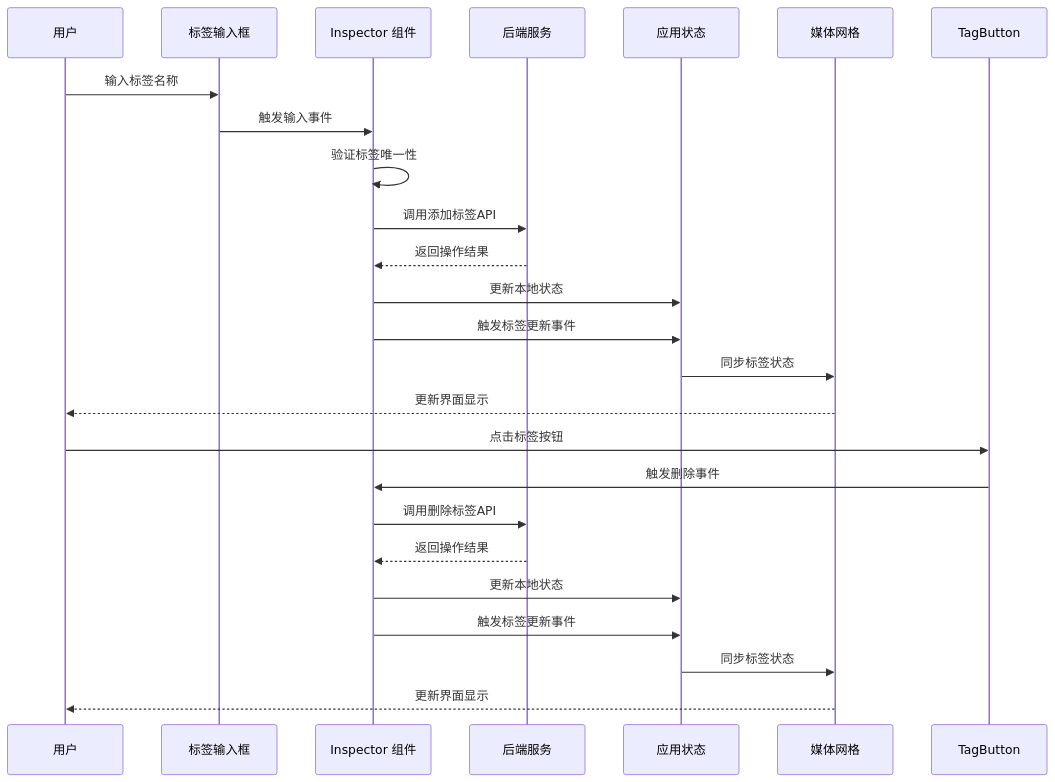
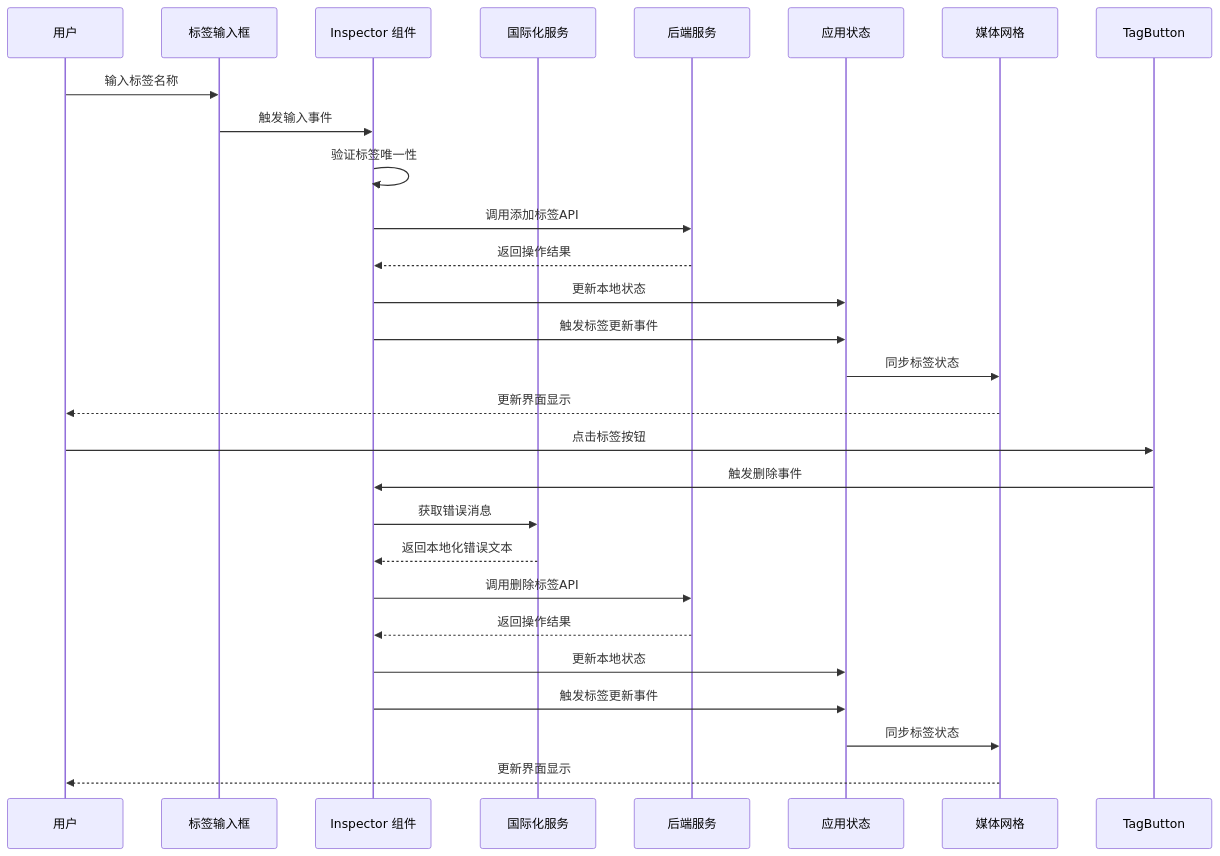
Before and after one commit to YLee9527/Medex: the fifth of 9 diagrams in repowiki/zh/content/前端开发/UI 组件详解/检查器组件 (Inspector).md, drawn with Mermaid. The commit also changed other lines of this file and 13 other files, not shown here.

````diff
--- a/repowiki/zh/content/前端开发/UI 组件详解/检查器组件 (Inspector).md
+++ b/repowiki/zh/content/前端开发/UI 组件详解/检查器组件 (Inspector).md
@@ -233,26 +277,29 @@
 ```mermaid
 sequenceDiagram
 participant User as 用户
 participant Input as 标签输入框
 participant Inspector as Inspector 组件
+participant I18n as 国际化服务
 participant Backend as 后端服务
 participant Store as 应用状态
 participant Grid as 媒体网格
 User->>Input : 输入标签名称
 Input->>Inspector : 触发输入事件
 Inspector->>Inspector : 验证标签唯一性
 Inspector->>Backend : 调用添加标签API
 Backend-->>Inspector : 返回操作结果
 Inspector->>Store : 更新本地状态
 Inspector->>Store : 触发标签更新事件
 Store->>Grid : 同步标签状态
 Grid-->>User : 更新界面显示
 User->>TagButton : 点击标签按钮
 TagButton->>Inspector : 触发删除事件
+Inspector->>I18n : 获取错误消息
+I18n-->>Inspector : 返回本地化错误文本
 Inspector->>Backend : 调用删除标签API
 Backend-->>Inspector : 返回操作结果
 Inspector->>Store : 更新本地状态
 Inspector->>Store : 触发标签更新事件
 Store->>Grid : 同步标签状态
 Grid-->>User : 更新界面显示
 ```
````
